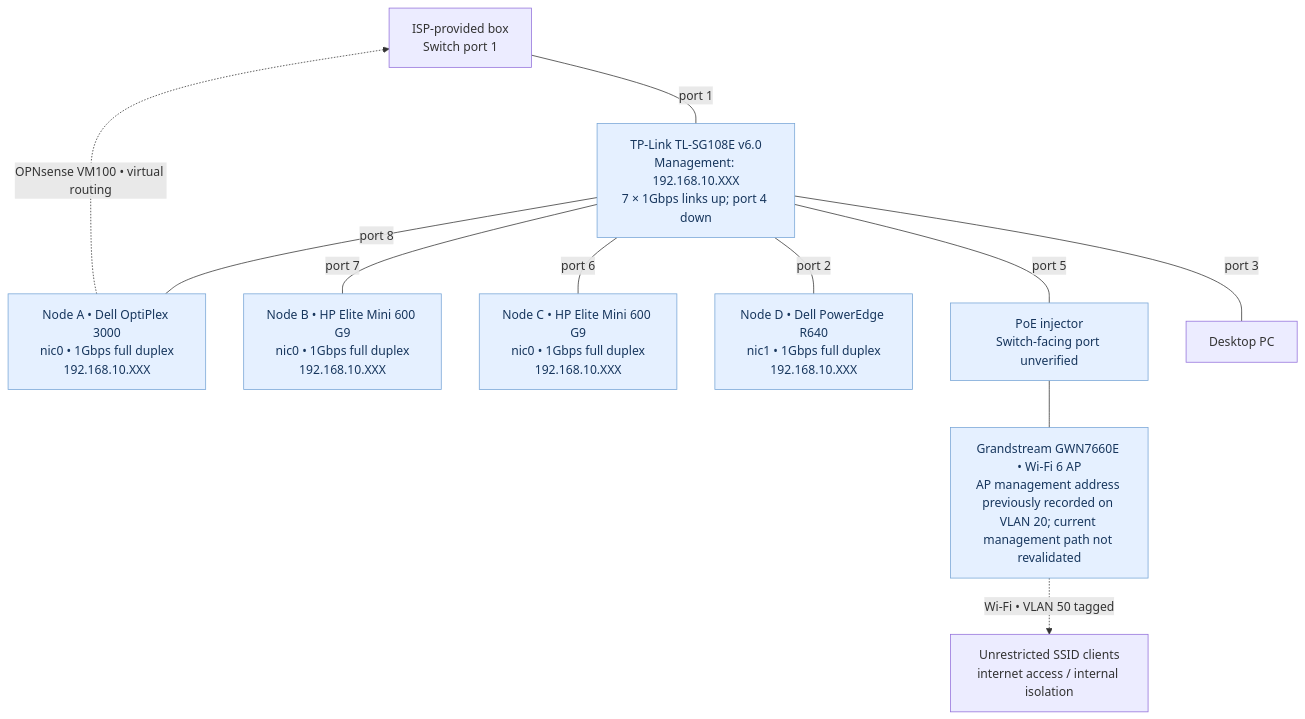
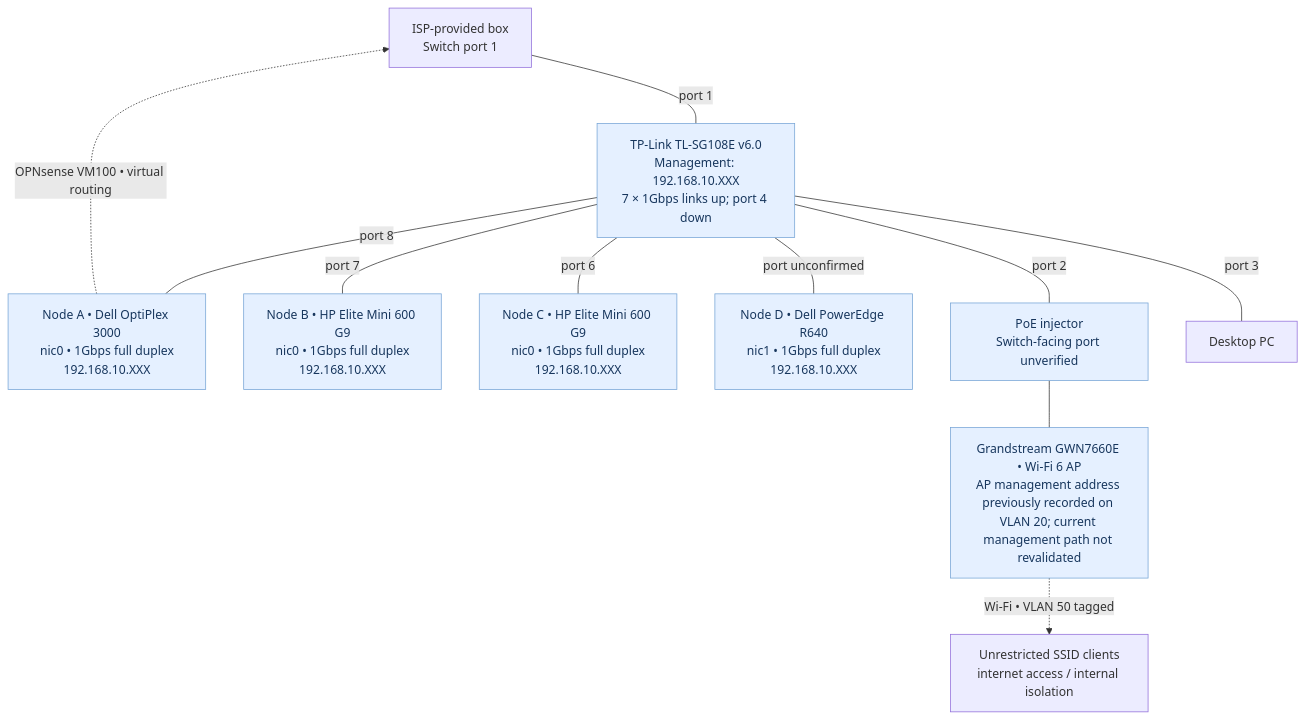
Before and after one commit to samuelkemp1619/HOMELAB-PORTFOLIO: the second of 3 diagrams in network/diagrams/README.md, drawn with Mermaid. The commit also changed other lines of this file, not shown here.

````diff
--- a/network/diagrams/README.md
+++ b/network/diagrams/README.md
@@ -57,17 +57,17 @@
 ```mermaid
 flowchart TB
     GW["ISP-provided box<br/>Switch port 1"]
     SW["TP-Link TL-SG108E v6.0<br/>Management: 192.168.10.XXX<br/>7 × 1Gbps links up; port 4 down"]
     GW ---|"port 1"| SW
     SW ---|"port 8"| H1["Node A • Dell OptiPlex 3000<br/>nic0 • 1Gbps full duplex<br/>192.168.10.XXX"]
     SW ---|"port 7"| H2["Node B • HP Elite Mini 600 G9<br/>nic0 • 1Gbps full duplex<br/>192.168.10.XXX"]
     SW ---|"port 6"| H3["Node C • HP Elite Mini 600 G9<br/>nic0 • 1Gbps full duplex<br/>192.168.10.XXX"]
-    SW ---|"port 2"| H4["Node D • Dell PowerEdge R640<br/>nic1 • 1Gbps full duplex<br/>192.168.10.XXX"]
-    SW ---|"port 5"| POE["PoE injector<br/>Switch-facing port unverified"]
+    SW ---|"port unconfirmed"| H4["Node D • Dell PowerEdge R640<br/>nic1 • 1Gbps full duplex<br/>192.168.10.XXX"]
+    SW ---|"port 2"| POE["PoE injector<br/>Switch-facing port unverified"]
     POE --- AP["Grandstream GWN7660E • Wi-Fi 6 AP<br/>AP management address previously recorded on VLAN 20; current management path not revalidated"]
     AP -. "Wi-Fi • VLAN 50 tagged" .-> WIFI["Unrestricted SSID clients<br/>internet access / internal isolation"]
     SW ---|"port 3"| DESKTOP["Desktop PC"]
     H1 -. "OPNsense VM100 • virtual routing" .-> GW
     classDef device fill:#e5f0ff,color:#17365d,stroke:#77a5d6
     class SW,H1,H2,H3,H4,POE,AP device
 ```
````
